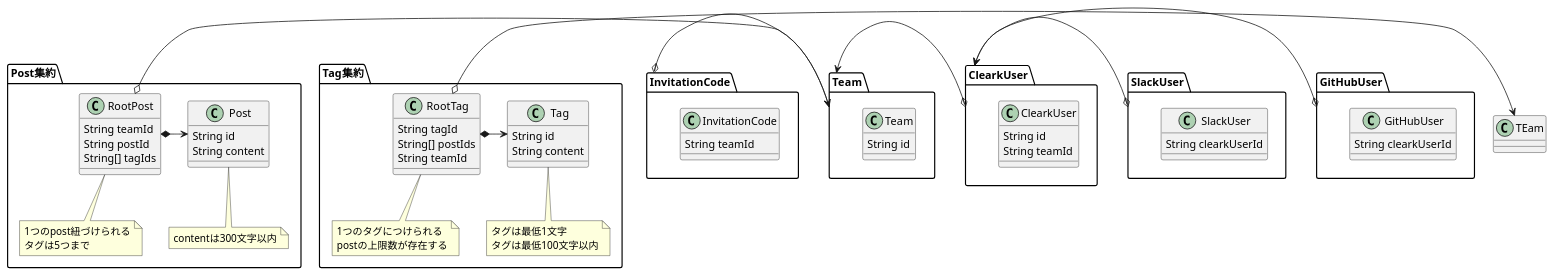
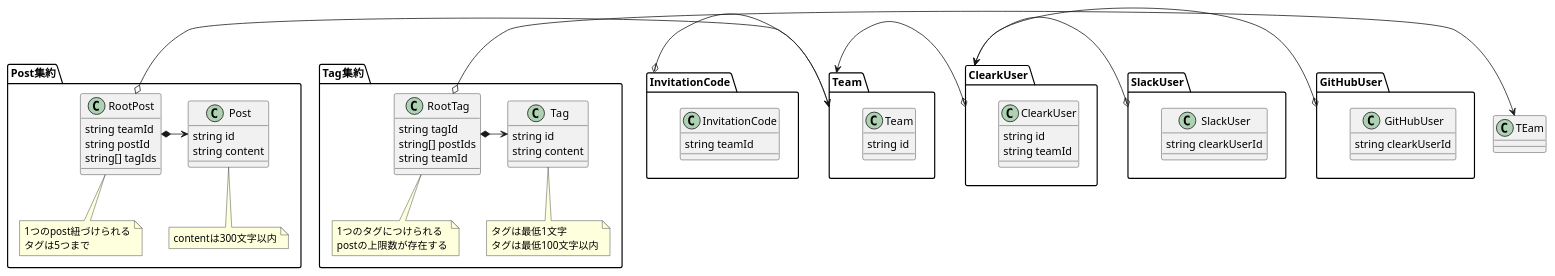
Before and after one commit to praha-inc/ddd-modeling1: the diagram in domain_model.pu, drawn with PlantUML. The commit also changed 2 other files, not shown here.

```diff
--- a/domain_model.pu
+++ b/domain_model.pu
@@ -1,74 +1,74 @@
 @startuml
 
 package Post集約 <<Folder>> {
   class RootPost {
-      String teamId
-      String postId
-      String[] tagIds
+      string teamId
+      string postId
+      string[] tagIds
   }
   note bottom: 1つのpost紐づけられる\nタグは5つまで
 
   class Post {
-      String id
-      String content
+      string id
+      string content
   }
   note bottom: contentは300文字以内
 
   RootPost *-> Post
 }
 
 package Tag集約 <<Folder>> {
   class RootTag {
-      String tagId
-      String[] postIds
-      String teamId
+      string tagId
+      string[] postIds
+      string teamId
   }
   note bottom: 1つのタグにつけられる\npostの上限数が存在する
 
   class Tag {
-      String id
-      String content
+      string id
+      string content
   }
   note bottom: タグは最低1文字\nタグは最低100文字以内
 
   RootTag *-> Tag
 }
 
 package ClearkUser <<Folder>> {
     class ClearkUser {
-        String id
-        String teamId
+        string id
+        string teamId
     }
 }
 
 package SlackUser <<Folder>> {
     class SlackUser {
-        String clearkUserId
+        string clearkUserId
     }
 }
 
 package GitHubUser <<Folder>> {
     class GitHubUser {
-        String clearkUserId
+        string clearkUserId
     }
 }
 
 package Team <<Folder>> {
     class Team {
-        String id
+        string id
     }
 }
 
 package InvitationCode <<Folder>> {
     class InvitationCode {
-        String teamId
+        string teamId
     }
 }
 
 InvitationCode o-> Team
 ClearkUser o-> Team
 SlackUser o-> ClearkUser
 GitHubUser o-> ClearkUser
 RootPost o-> Team
 RootTag o-> TEam
 @enduml
```
